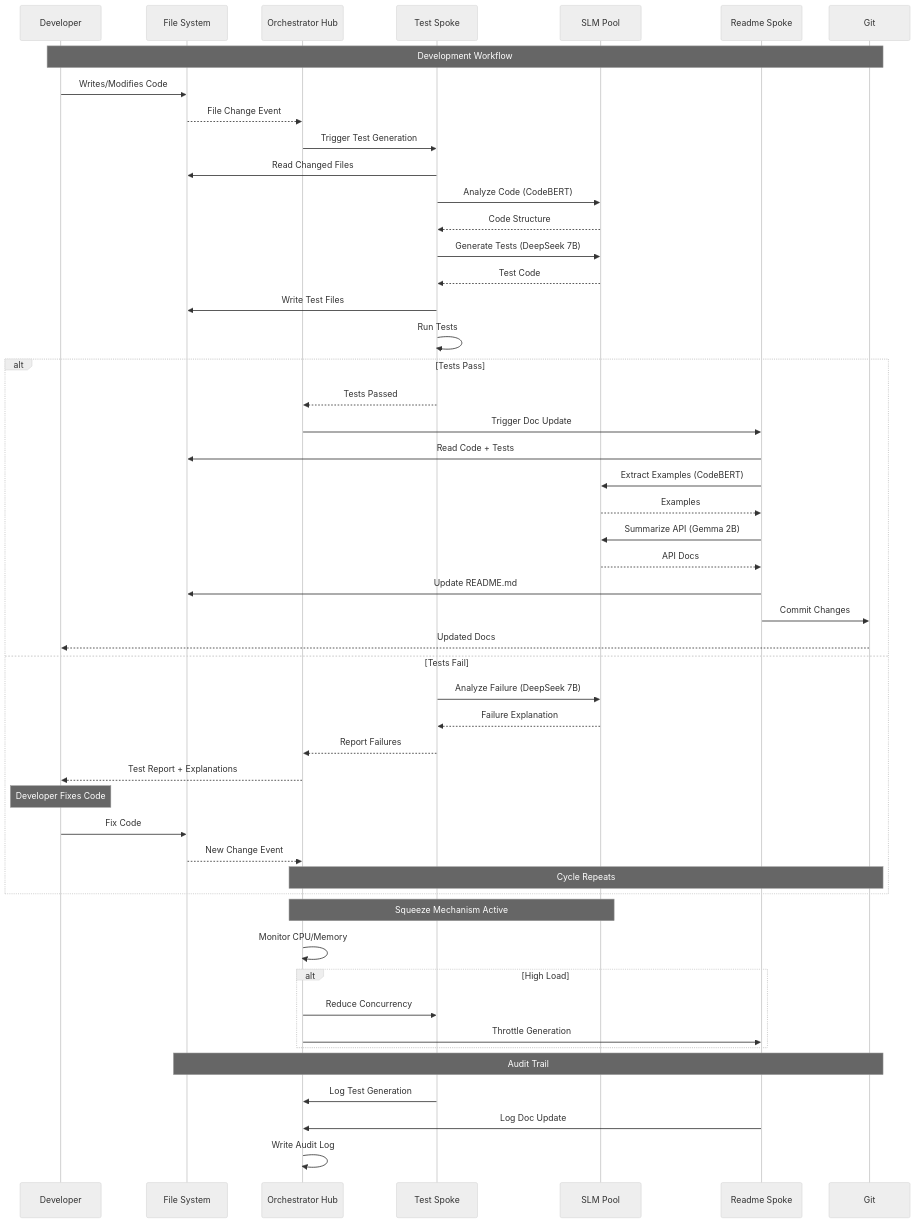
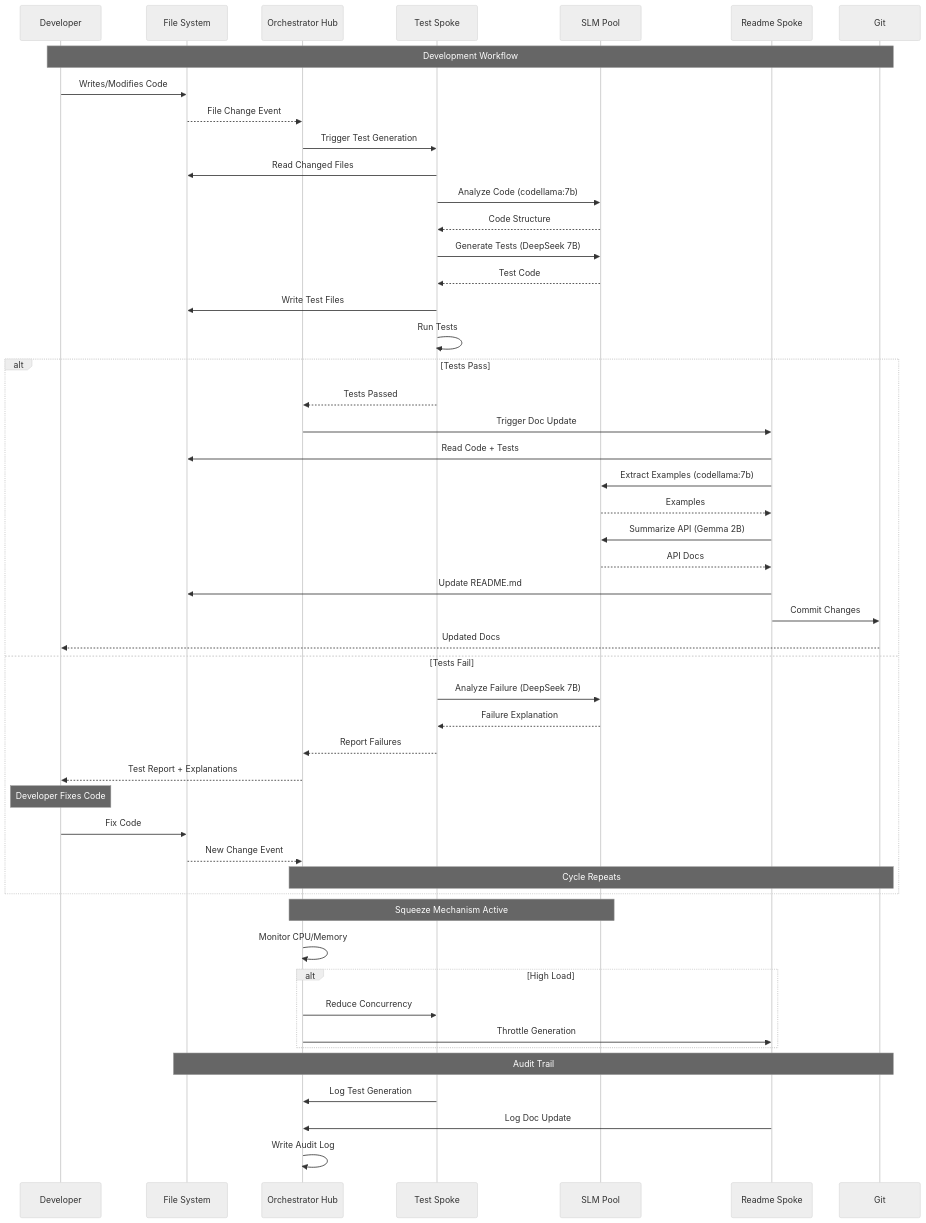
The diagram in docs/diagrams/sequence-flow.mmd (Drecoder/spoke-tool), drawn with Mermaid (neutral theme) before and after one commit. The commit also changed 27 other files, not shown here.

```diff
--- a/docs/diagrams/sequence-flow.mmd
+++ b/docs/diagrams/sequence-flow.mmd
@@ -1,64 +1,64 @@
 sequenceDiagram
     participant Dev as Developer
     participant FS as File System
     participant Hub as Orchestrator Hub
     participant Test as Test Spoke
     participant SLM as SLM Pool
     participant Readme as Readme Spoke
     participant Git as Git
     
     Note over Dev,Git: Development Workflow
     
     Dev->>FS: Writes/Modifies Code
     FS-->>Hub: File Change Event
     
     Hub->>Test: Trigger Test Generation
     Test->>FS: Read Changed Files
-    Test->>SLM: Analyze Code (CodeBERT)
+    Test->>SLM: Analyze Code (codellama:7b)
     SLM-->>Test: Code Structure
     
     Test->>SLM: Generate Tests (DeepSeek 7B)
     SLM-->>Test: Test Code
     
     Test->>FS: Write Test Files
     Test->>Test: Run Tests
     
     alt Tests Pass
         Test-->>Hub: Tests Passed
         Hub->>Readme: Trigger Doc Update
         
         Readme->>FS: Read Code + Tests
-        Readme->>SLM: Extract Examples (CodeBERT)
+        Readme->>SLM: Extract Examples (codellama:7b)
         SLM-->>Readme: Examples
         
         Readme->>SLM: Summarize API (Gemma 2B)
         SLM-->>Readme: API Docs
         
         Readme->>FS: Update README.md
         Readme->>Git: Commit Changes
         Git-->>Dev: Updated Docs
         
     else Tests Fail
         Test->>SLM: Analyze Failure (DeepSeek 7B)
         SLM-->>Test: Failure Explanation
         
         Test-->>Hub: Report Failures
         Hub-->>Dev: Test Report + Explanations
         
         Note over Dev: Developer Fixes Code
         Dev->>FS: Fix Code
         FS-->>Hub: New Change Event
         Note over Hub,Git: Cycle Repeats
     end
     
     Note over Hub,SLM: Squeeze Mechanism Active
     Hub->>Hub: Monitor CPU/Memory
     alt High Load
         Hub->>Test: Reduce Concurrency
         Hub->>Readme: Throttle Generation
     end
     
     Note over FS,Git: Audit Trail
     Test->>Hub: Log Test Generation
     Readme->>Hub: Log Doc Update
     Hub->>Hub: Write Audit Log
```
